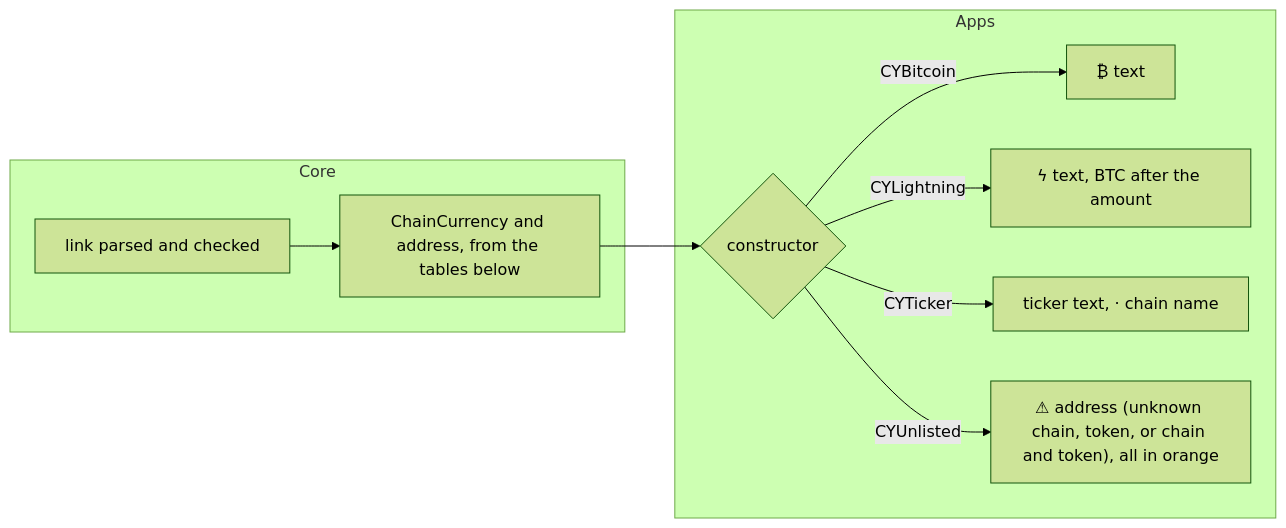
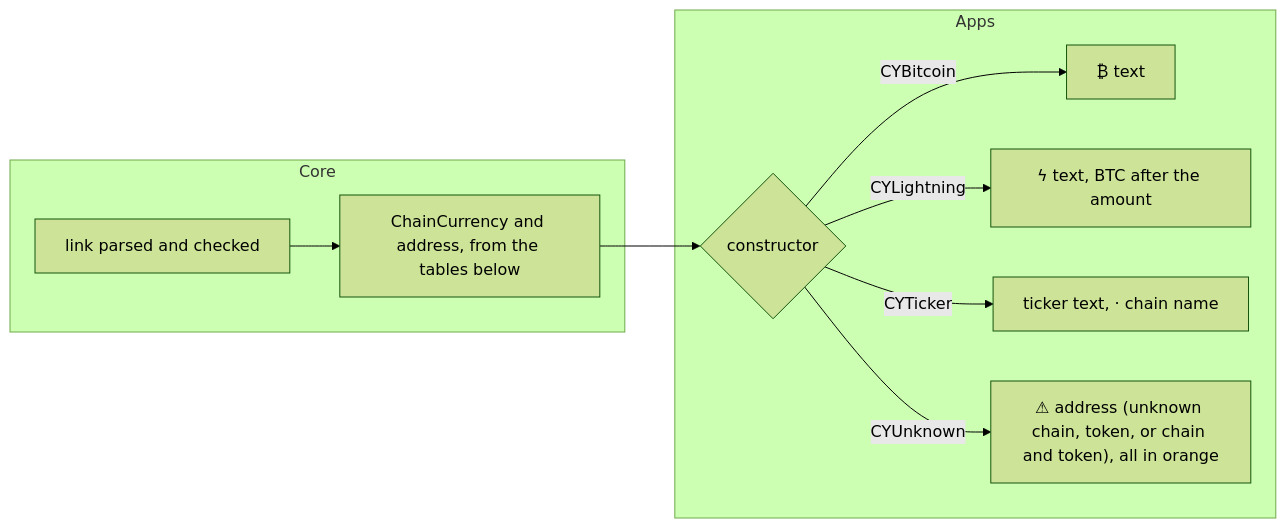
One commit to simplex-chat/simplex-chat changed the fifth of 10 diagrams in plans/2026-11-22-payment-addresses.md. Above: the diagram before and after it, drawn with Mermaid (forest theme). The commit also changed other lines of this file and 10 other files, not shown here.

````diff
--- a/plans/2026-11-22-payment-addresses.md
+++ b/plans/2026-11-22-payment-addresses.md
@@ -552,13 +591,13 @@
 ```mermaid
 flowchart LR
   subgraph Core
     P["link parsed and checked"] --> R["ChainCurrency and address, from the tables below"]
   end
   subgraph Apps
     R --> K{"constructor"}
     K -->|CYBitcoin| B["₿ text"]
     K -->|CYLightning| N["ϟ text, BTC after the amount"]
     K -->|CYTicker| T["ticker text, · chain name"]
-    K -->|CYUnlisted| Q["⚠ address (unknown chain, token, or chain and token), all in orange"]
+    K -->|CYUnknown| Q["⚠ address (unknown chain, token, or chain and token), all in orange"]
   end
 ```
````
